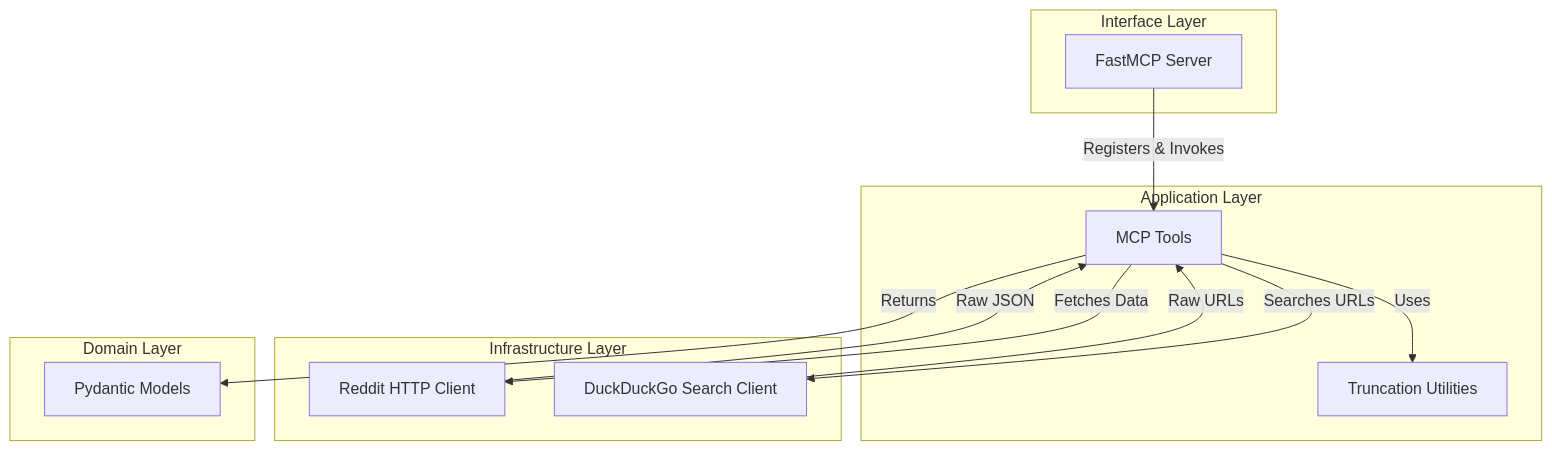
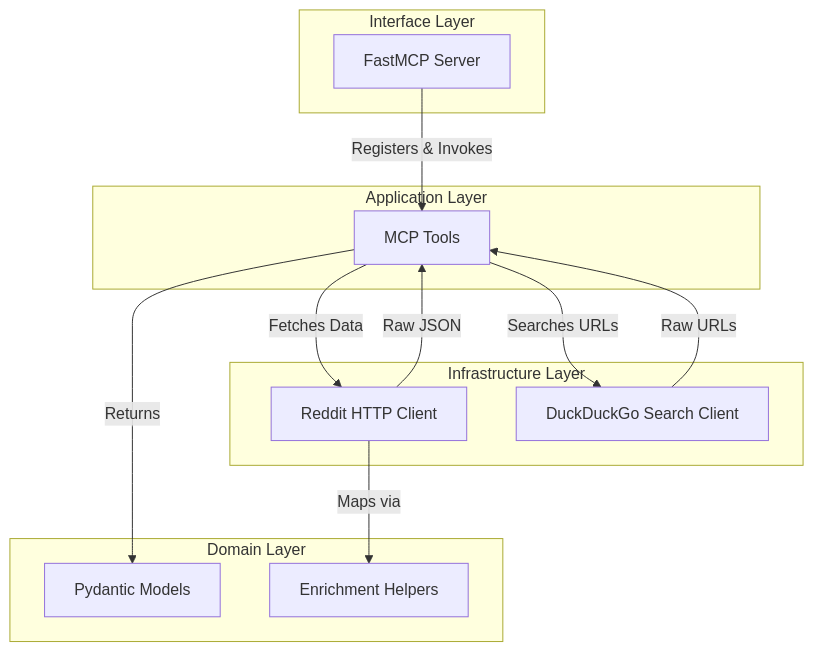
Before and after one commit to brianluby/reddit-mcp-server: the diagram in docs/architecture.md, drawn with Mermaid.

Commit message:
docs: move utility node to Domain layer in architecture diagram
Review finding on PR #24: the diagram still placed truncation utilities
in the Application Layer after the enrichment helpers moved to domain.

````diff
--- a/docs/architecture.md
+++ b/docs/architecture.md
@@ -14,28 +14,28 @@
 ```mermaid
 graph TD
     subgraph Interface Layer
         MCP[FastMCP Server]
     end
 
     subgraph Application Layer
         Tools[MCP Tools]
-        Utils[Truncation Utilities]
     end
 
     subgraph Infrastructure Layer
         RedditClient[Reddit HTTP Client]
         DDGClient[DuckDuckGo Search Client]
     end
 
     subgraph Domain Layer
         Models[Pydantic Models]
+        Enrichment[Enrichment Helpers]
     end
 
     MCP -->|Registers & Invokes| Tools
-    Tools -->|Uses| Utils
     Tools -->|Fetches Data| RedditClient
     Tools -->|Searches URLs| DDGClient
     Tools -->|Returns| Models
     RedditClient -->|Raw JSON| Tools
+    RedditClient -->|Maps via| Enrichment
     DDGClient -->|Raw URLs| Tools
 ```
````
